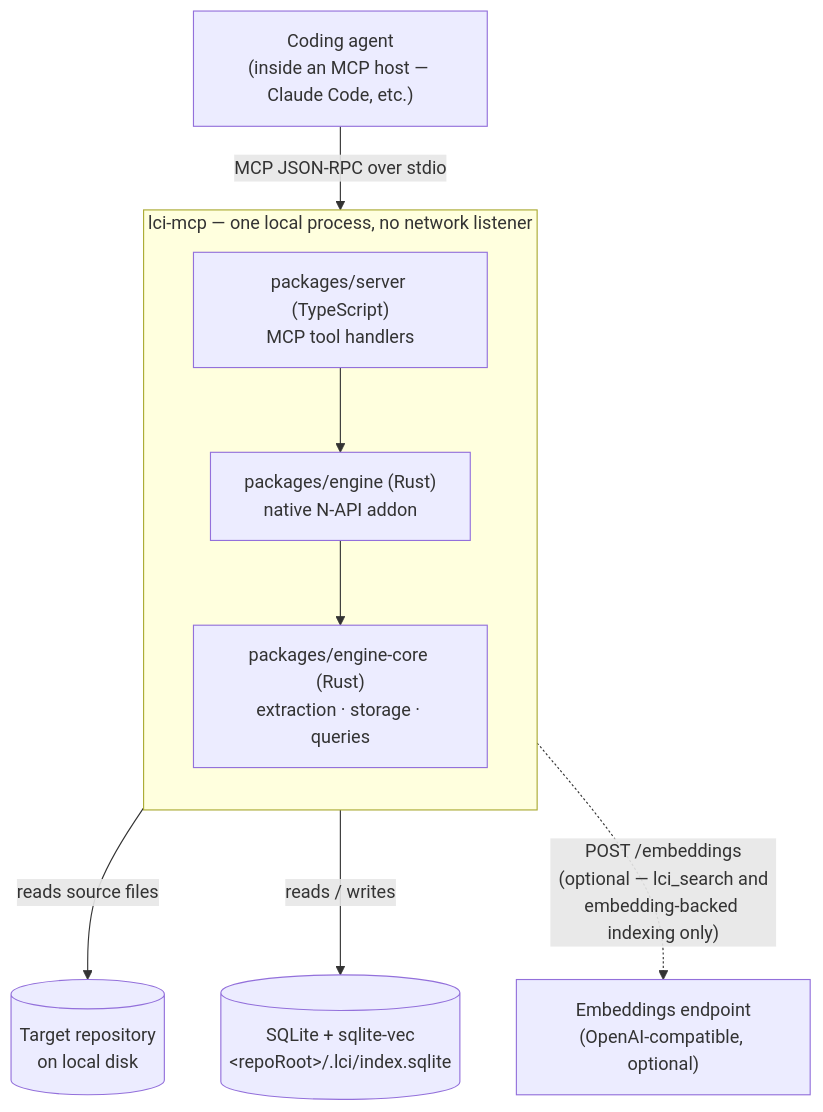
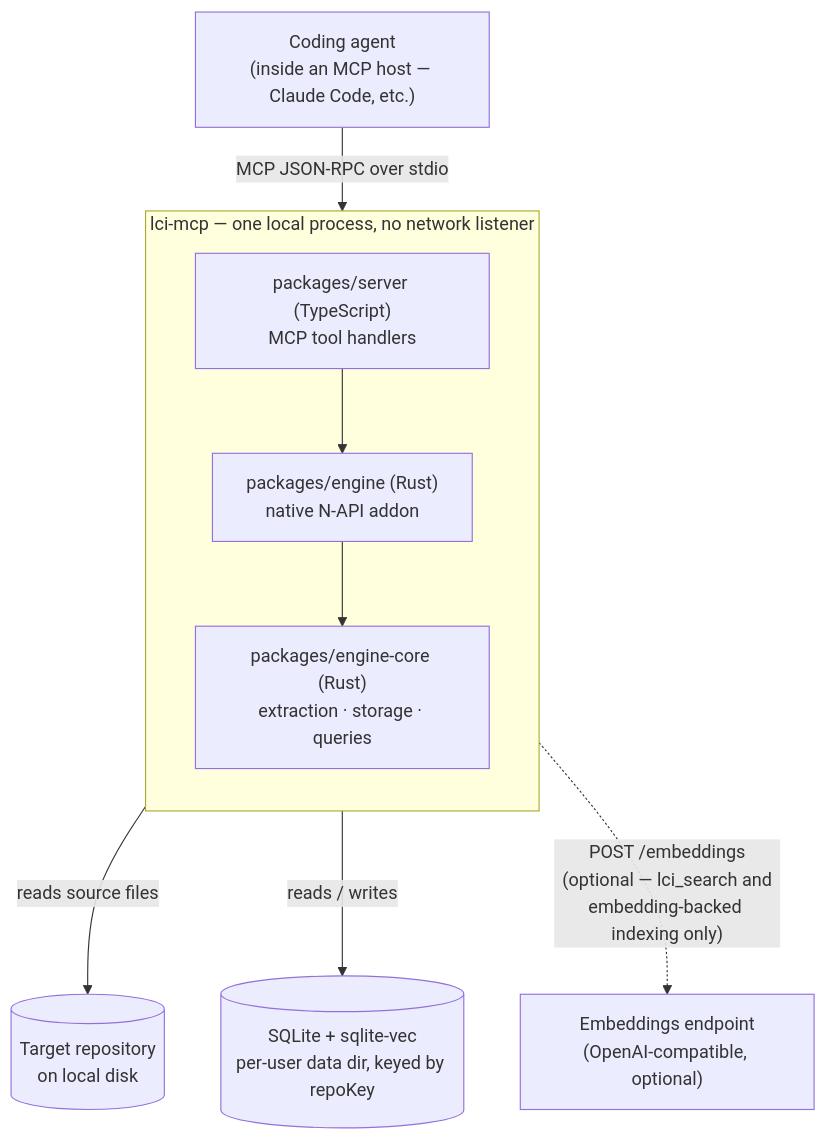
One commit to ADORSYS-GIS/lci-mcp changed the first of 2 diagrams in README.md. Above: the diagram before and after it, drawn with Mermaid. The commit also changed other lines of this file and 13 other files, not shown here.

````diff
--- a/README.md
+++ b/README.md
@@ -26,17 +26,17 @@
 ```mermaid
 flowchart TD
     AGENT["Coding agent<br/>(inside an MCP host — Claude Code, etc.)"]
     AGENT -->|"MCP JSON-RPC over stdio"| PROC
 
     subgraph PROC["lci-mcp — one local process, no network listener"]
         direction TB
         SRV["packages/server (TypeScript)<br/>MCP tool handlers"]
         ENG["packages/engine (Rust)<br/>native N-API addon"]
         CORE["packages/engine-core (Rust)<br/>extraction · storage · queries"]
         SRV --> ENG --> CORE
     end
 
     PROC -->|"reads source files"| REPO[("Target repository<br/>on local disk")]
-    PROC -->|"reads / writes"| DB[("SQLite + sqlite-vec<br/>&lt;repoRoot&gt;/.lci/index.sqlite")]
+    PROC -->|"reads / writes"| DB[("SQLite + sqlite-vec<br/>per-user data dir, keyed by repoKey")]
     PROC -.->|"POST /embeddings<br/>(optional — lci_search and<br/>embedding-backed indexing only)"| EMB["Embeddings endpoint<br/>(OpenAI-compatible, optional)"]
 ```
````
